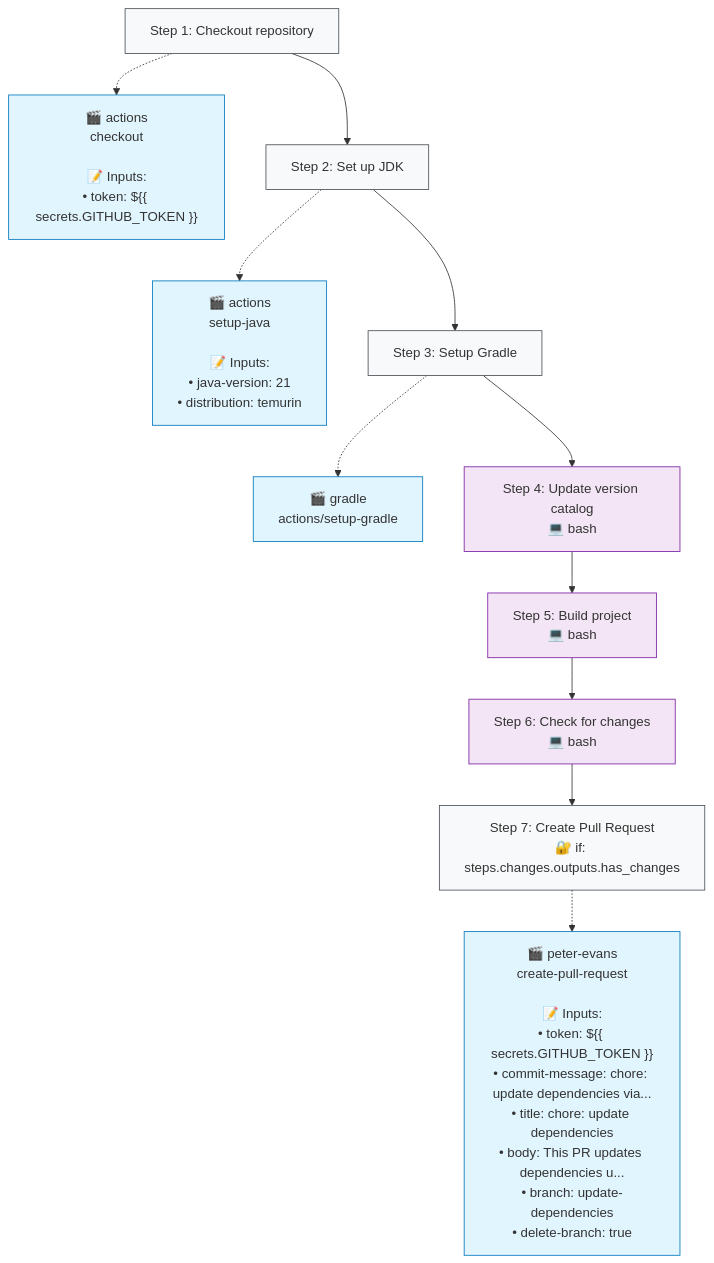
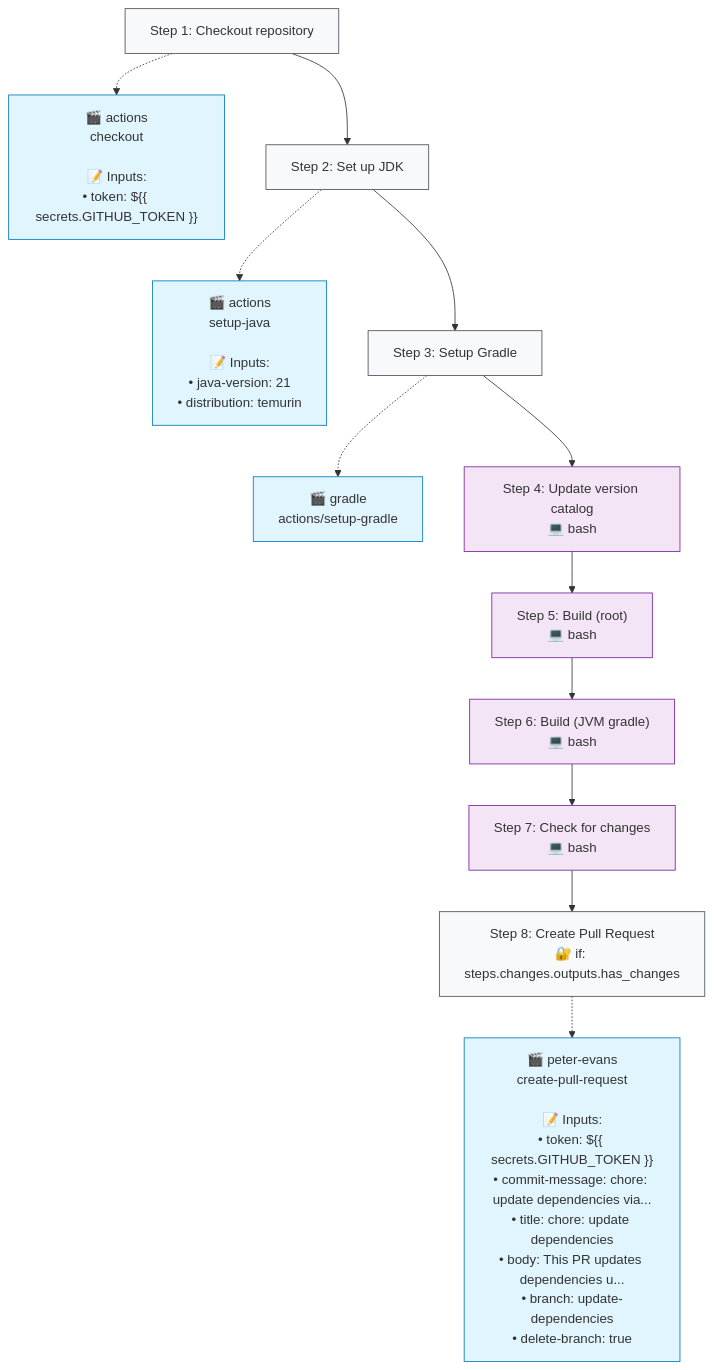
The second of 2 diagrams in .github/typeflows/update-dependencies/README.md (typeflows/typeflows), drawn with Mermaid before and after one commit. The commit also changed 2 other files, not shown here.

Commit message:
Update dependencies can update actions

````diff
--- a/.github/typeflows/update-dependencies/README.md
+++ b/.github/typeflows/update-dependencies/README.md
@@ -23,36 +23,39 @@
 ```mermaid
 %%{init: {"flowchart": {"curve": "basis"}}}%%
 flowchart TD
     step1["Step 1: Checkout repository"]
     style step1 fill:#f8f9fa,stroke:#495057
     action1["🎬 actions<br/>checkout<br/><br/>📝 Inputs:<br/>• token: ${{ secrets.GITHUB_TOKEN }}"]
     style action1 fill:#e1f5fe,stroke:#0277bd
     step1 -.-> action1
     step2["Step 2: Set up JDK"]
     style step2 fill:#f8f9fa,stroke:#495057
     action2["🎬 actions<br/>setup-java<br/><br/>📝 Inputs:<br/>• java-version: 21<br/>• distribution: temurin"]
     style action2 fill:#e1f5fe,stroke:#0277bd
     step2 -.-> action2
     step1 --> step2
     step3["Step 3: Setup Gradle"]
     style step3 fill:#f8f9fa,stroke:#495057
     action3["🎬 gradle<br/>actions/setup-gradle"]
     style action3 fill:#e1f5fe,stroke:#0277bd
     step3 -.-> action3
     step2 --> step3
     step4["Step 4: Update version catalog<br/>💻 bash"]
     style step4 fill:#f3e5f5,stroke:#7b1fa2
     step3 --> step4
-    step5["Step 5: Build project<br/>💻 bash"]
+    step5["Step 5: Build (root)<br/>💻 bash"]
     style step5 fill:#f3e5f5,stroke:#7b1fa2
     step4 --> step5
-    step6["Step 6: Check for changes<br/>💻 bash"]
+    step6["Step 6: Build (JVM gradle)<br/>💻 bash"]
     style step6 fill:#f3e5f5,stroke:#7b1fa2
     step5 --> step6
-    step7["Step 7: Create Pull Request<br/>🔐 if: steps.changes.outputs.has_changes"]
-    style step7 fill:#f8f9fa,stroke:#495057
-    action7["🎬 peter-evans<br/>create-pull-request<br/><br/>📝 Inputs:<br/>• token: ${{ secrets.GITHUB_TOKEN }}<br/>• commit-message: chore: update dependencies via...<br/>• title: chore: update dependencies<br/>• body: This PR updates dependencies u...<br/>• branch: update-dependencies<br/>• delete-branch: true"]
-    style action7 fill:#e1f5fe,stroke:#0277bd
-    step7 -.-> action7
+    step7["Step 7: Check for changes<br/>💻 bash"]
+    style step7 fill:#f3e5f5,stroke:#7b1fa2
     step6 --> step7
+    step8["Step 8: Create Pull Request<br/>🔐 if: steps.changes.outputs.has_changes"]
+    style step8 fill:#f8f9fa,stroke:#495057
+    action8["🎬 peter-evans<br/>create-pull-request<br/><br/>📝 Inputs:<br/>• token: ${{ secrets.GITHUB_TOKEN }}<br/>• commit-message: chore: update dependencies via...<br/>• title: chore: update dependencies<br/>• body: This PR updates dependencies u...<br/>• branch: update-dependencies<br/>• delete-branch: true"]
+    style action8 fill:#e1f5fe,stroke:#0277bd
+    step8 -.-> action8
+    step7 --> step8
 ```
````
